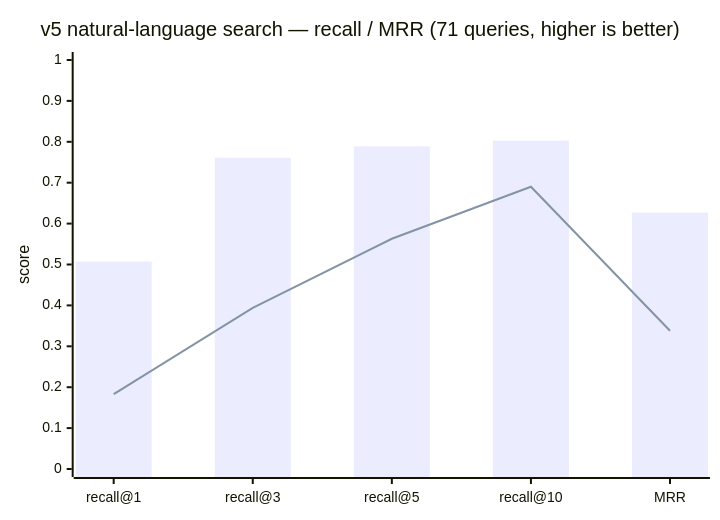
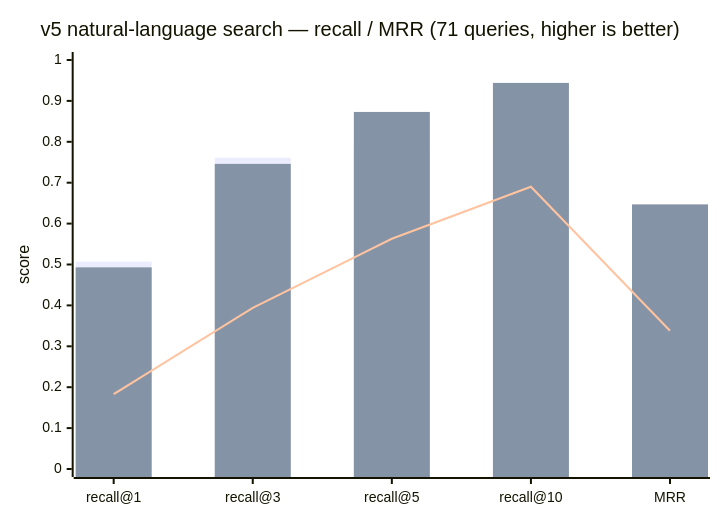
The diagram in README.ko.md (dhha22/wikimap), drawn with Mermaid before and after one commit. The commit also changed other lines of this file and 1 other file, not shown here.

````diff
--- a/README.ko.md
+++ b/README.ko.md
@@ -47,8 +47,9 @@
 ```mermaid
 xychart-beta
     title "v5 natural-language search — recall / MRR (71 queries, higher is better)"
     x-axis ["recall@1", "recall@3", "recall@5", "recall@10", "MRR"]
     y-axis "score" 0 --> 1
     bar [0.507, 0.761, 0.789, 0.803, 0.627]
+    bar [0.493, 0.746, 0.873, 0.944, 0.647]
     line [0.183, 0.394, 0.563, 0.690, 0.338]
 ```
````
